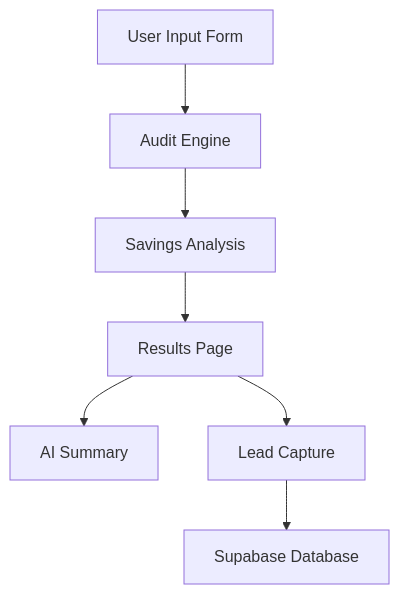
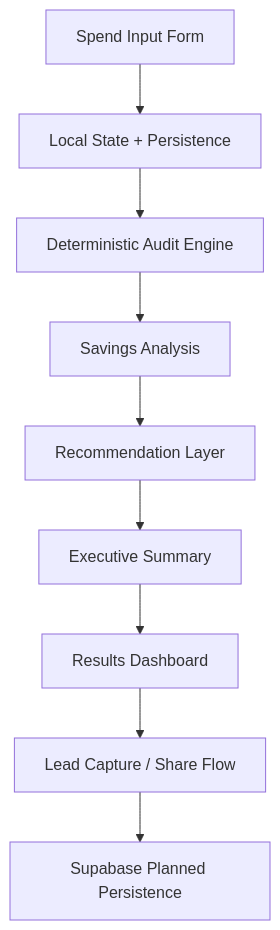
Before and after one commit to rxz33/spendora-ai-spend-audit: the diagram in ARCHITECTURE.md, drawn with Mermaid. The commit also changed other lines of this file and 11 other files, not shown here.

Commit message:
feat: complete deterministic audit engine MVP

````diff
--- a/ARCHITECTURE.md
+++ b/ARCHITECTURE.md
@@ -17,16 +27,20 @@
 ```mermaid
 flowchart TD
 
-A[User Input Form]
---> B[Audit Engine]
+A[Spend Input Form]
+--> B[Local State + Persistence]
 
-B --> C[Savings Analysis]
+B --> C[Deterministic Audit Engine]
 
-C --> D[Results Page]
+C --> D[Savings Analysis]
 
-D --> E[AI Summary]
+D --> E[Recommendation Layer]
 
-D --> F[Lead Capture]
+E --> F[Executive Summary]
 
-F --> G[Supabase Database]
+F --> G[Results Dashboard]
+
+G --> H[Lead Capture / Share Flow]
+
+H --> I[Supabase Planned Persistence]
 ```
````
